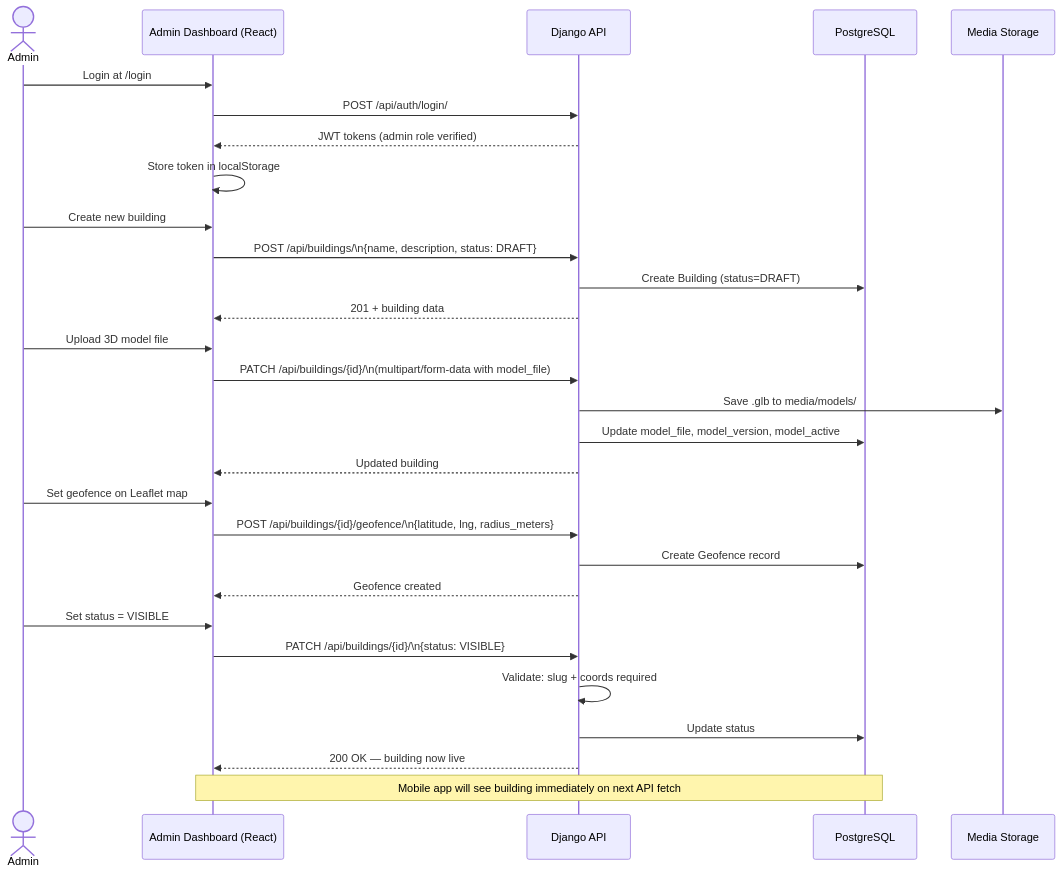
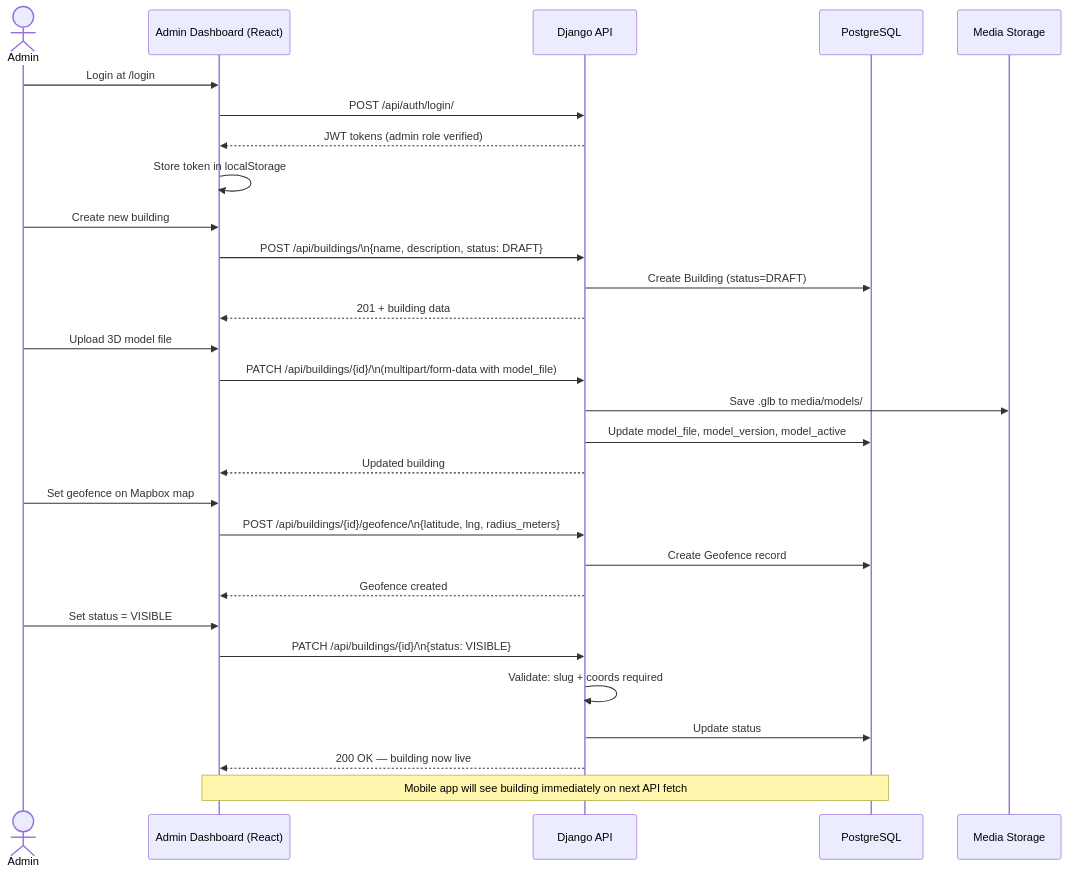
Before and after one commit to Cipher-Syntax/ARQuest: the ninth of 11 diagrams in data-flow.md, drawn with Mermaid. The commit also changed other lines of this file and 6 other files, not shown here.

````diff
--- a/data-flow.md
+++ b/data-flow.md
@@ -255,36 +255,36 @@
 ```mermaid
 sequenceDiagram
     actor Admin
     participant Web as Admin Dashboard (React)
     participant API as Django API
     participant DB as PostgreSQL
     participant Media as Media Storage
 
     Admin->>Web: Login at /login
     Web->>API: POST /api/auth/login/
     API-->>Web: JWT tokens (admin role verified)
     Web->>Web: Store token in localStorage
 
     Admin->>Web: Create new building
     Web->>API: POST /api/buildings/\n{name, description, status: DRAFT}
     API->>DB: Create Building (status=DRAFT)
     API-->>Web: 201 + building data
 
     Admin->>Web: Upload 3D model file
     Web->>API: PATCH /api/buildings/{id}/\n(multipart/form-data with model_file)
     API->>Media: Save .glb to media/models/
     API->>DB: Update model_file, model_version, model_active
     API-->>Web: Updated building
 
-    Admin->>Web: Set geofence on Leaflet map
+    Admin->>Web: Set geofence on Mapbox map
     Web->>API: POST /api/buildings/{id}/geofence/\n{latitude, lng, radius_meters}
     API->>DB: Create Geofence record
     API-->>Web: Geofence created
 
     Admin->>Web: Set status = VISIBLE
     Web->>API: PATCH /api/buildings/{id}/\n{status: VISIBLE}
     API->>API: Validate: slug + coords required
     API->>DB: Update status
     API-->>Web: 200 OK — building now live
     Note over Web,DB: Mobile app will see building immediately on next API fetch
 ```
````
